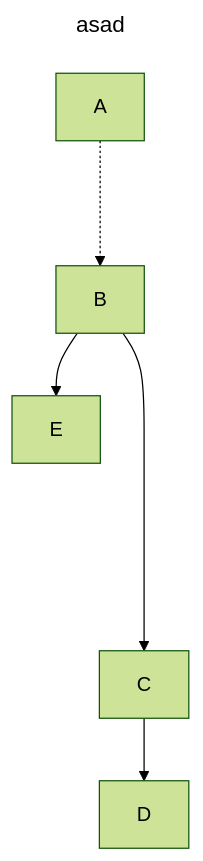
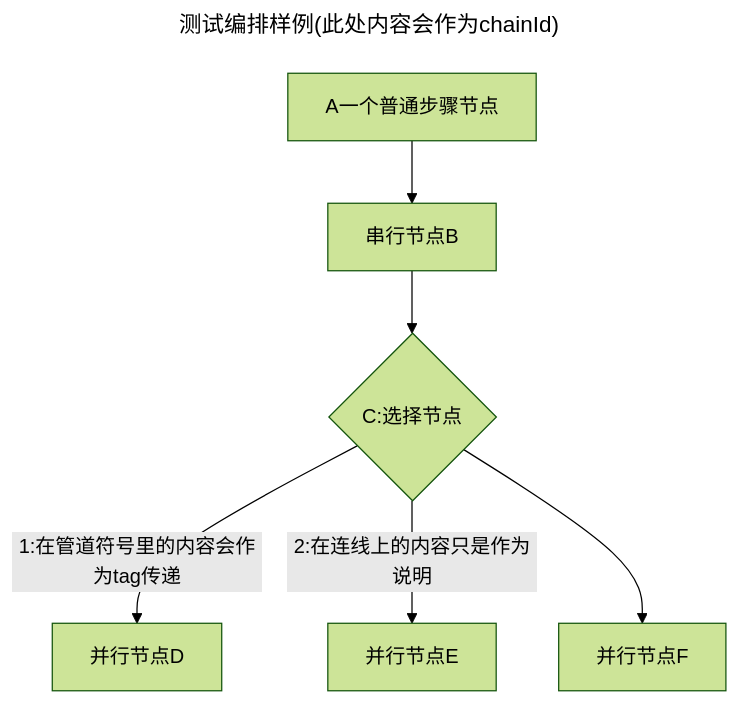
The diagram in liteflow-rule-plugin/liteflow-rule-markdown/README.md (dromara/liteflow), drawn with Mermaid (forest theme) before and after one commit. The commit also changed other lines of this file and 9 other files, not shown here.

````diff
--- a/liteflow-rule-plugin/liteflow-rule-markdown/README.md
+++ b/liteflow-rule-plugin/liteflow-rule-markdown/README.md
@@ -1,9 +1,11 @@
 ```mermaid
+--- 
+title: 测试编排样例(此处内容会作为chainId)
 ---
-title: asad
----
-flowchart TD
-A -..-> B --> E
-B -----> C
-C --> D
+flowchart TD;
+A[A一个普通步骤节点] --> B[串行节点B] --> C{C:选择节点}
+C --> |1:在管道符号里的内容会作为tag传递| D[并行节点D]
+C --2:在连线上的内容只是作为说明--> E[并行节点E] 
+C --> F[并行节点F] 
+
 ```
````
